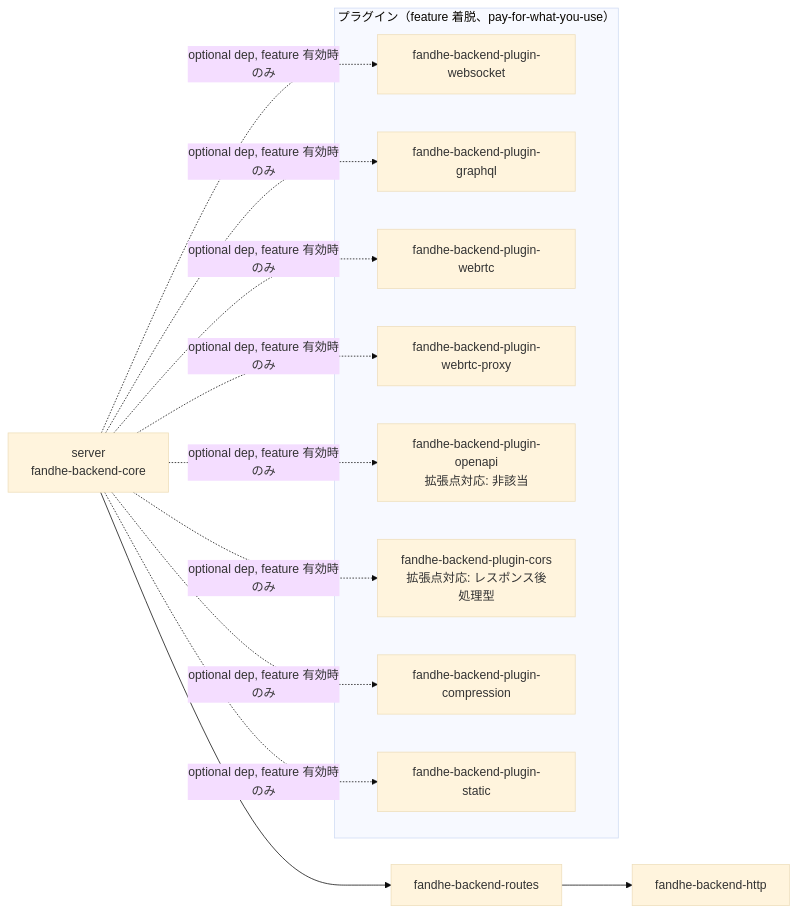
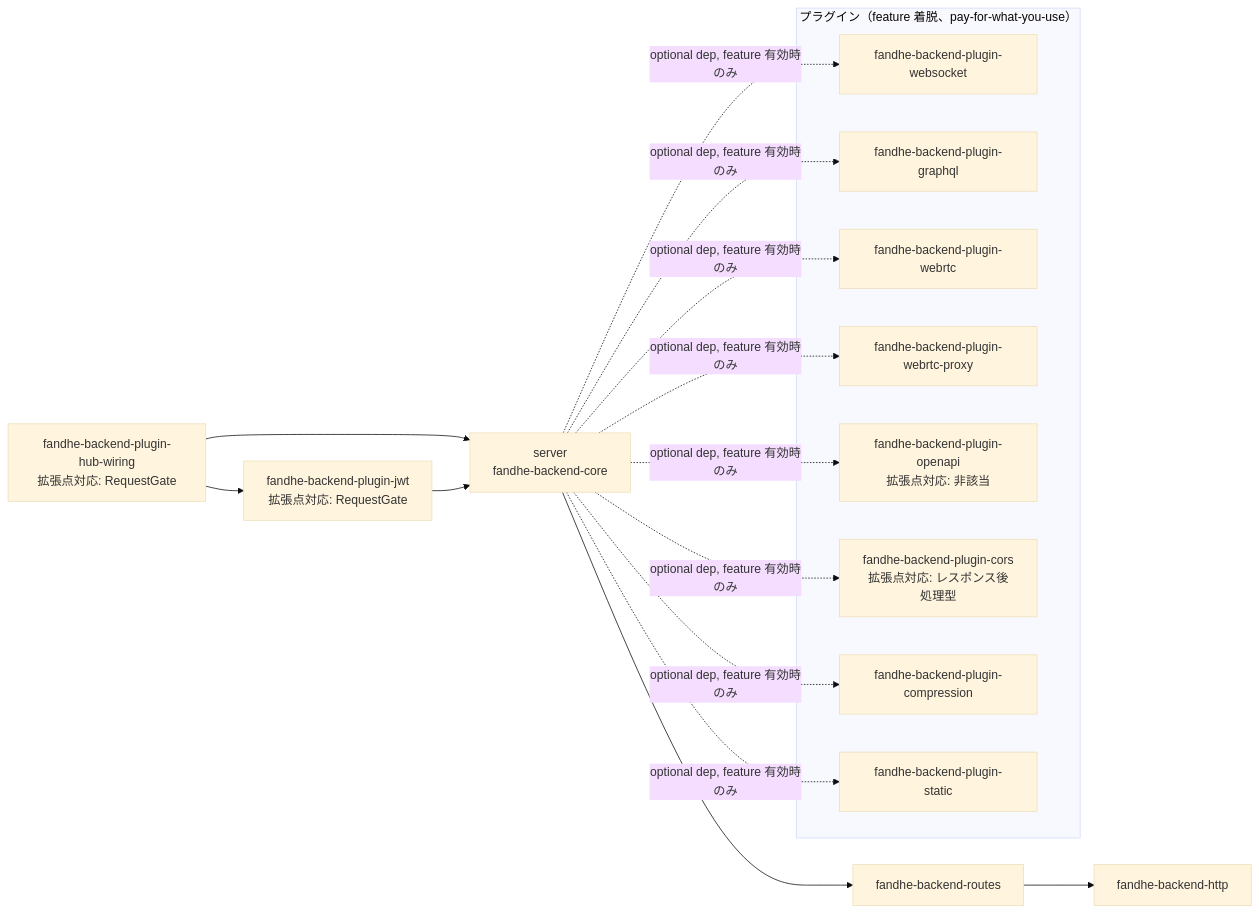
One commit to Fandhe-AI/fandhe-backend changed the diagram in docs/design/dependency-graph-contract.md. Above: the diagram before and after it, drawn with Mermaid (base theme). The commit also changed other lines of this file and 18 other files, not shown here.

````diff
--- a/docs/design/dependency-graph-contract.md
+++ b/docs/design/dependency-graph-contract.md
@@ -29,25 +29,29 @@
 ```mermaid
 graph LR
     server[server<br/>fandhe-backend-core] --> routes[fandhe-backend-routes]
     routes --> http[fandhe-backend-http]
 
     server -.->|optional dep, feature 有効時のみ| ws[fandhe-backend-plugin-websocket]
     server -.->|optional dep, feature 有効時のみ| gql[fandhe-backend-plugin-graphql]
     server -.->|optional dep, feature 有効時のみ| rtc[fandhe-backend-plugin-webrtc]
     server -.->|optional dep, feature 有効時のみ| rtcproxy[fandhe-backend-plugin-webrtc-proxy]
     server -.->|optional dep, feature 有効時のみ| openapi[fandhe-backend-plugin-openapi<br/>拡張点対応: 非該当]
     server -.->|optional dep, feature 有効時のみ| cors[fandhe-backend-plugin-cors<br/>拡張点対応: レスポンス後処理型]
     server -.->|optional dep, feature 有効時のみ| compression[fandhe-backend-plugin-compression]
     server -.->|optional dep, feature 有効時のみ| static_files[fandhe-backend-plugin-static]
 
+    hub[fandhe-backend-plugin-hub-wiring<br/>拡張点対応: RequestGate] --> server
+    jwt[fandhe-backend-plugin-jwt<br/>拡張点対応: RequestGate] --> server
+    hub --> jwt
+
     subgraph "プラグイン（feature 着脱、pay-for-what-you-use）"
         ws
         gql
         rtc
         rtcproxy
         openapi
         cors
         compression
         static_files
     end
 ```
````
